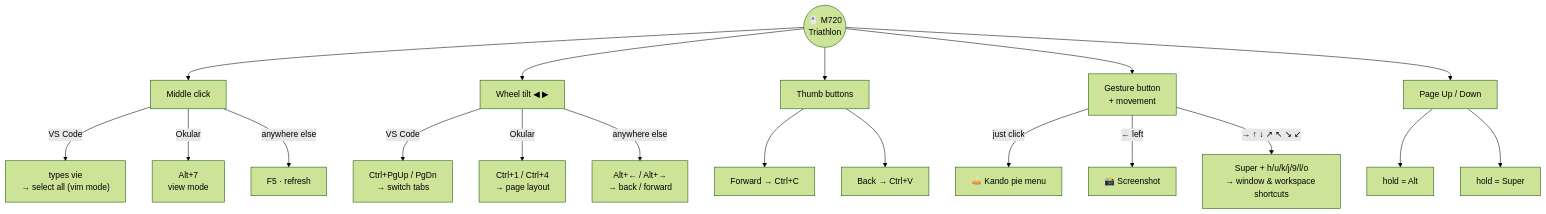
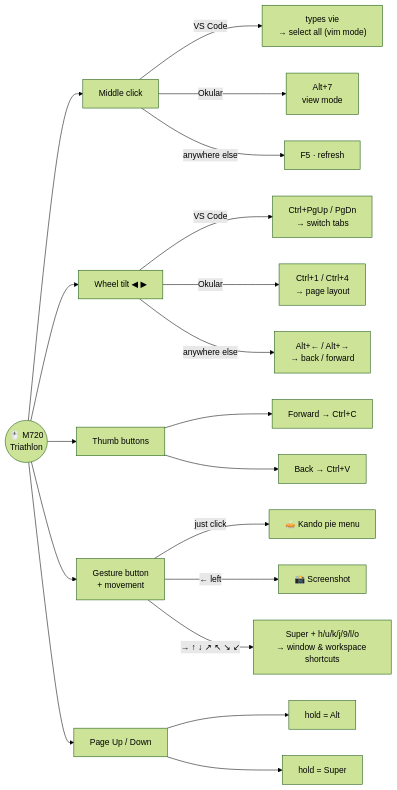
One commit to Victor-0liveira/dotfiles changed the second of 3 diagrams in README.md. Above: the diagram before and after it, drawn with Mermaid (forest theme).

Commit message:
📐 readme: make mouse diagram readable

````diff
--- a/README.md
+++ b/README.md
@@ -102,28 +102,28 @@
 ```mermaid
-flowchart TD
+flowchart LR
     M(("🖱️ M720<br/>Triathlon"))
 
     M --> MID["Middle click"]
     M --> TILT["Wheel tilt ◀ ▶"]
     M --> THUMB["Thumb buttons"]
     M --> GEST["Gesture button<br/>+ movement"]
     M --> PG["Page Up / Down"]
 
     MID -->|"VS Code"| V1["types vie<br/>→ select all (vim mode)"]
     MID -->|"Okular"| O1["Alt+7<br/>view mode"]
     MID -->|"anywhere else"| G1["F5 · refresh"]
 
     TILT -->|"VS Code"| V2["Ctrl+PgUp / PgDn<br/>→ switch tabs"]
     TILT -->|"Okular"| O2["Ctrl+1 / Ctrl+4<br/>→ page layout"]
     TILT -->|"anywhere else"| G2["Alt+← / Alt+→<br/>→ back / forward"]
 
     THUMB --> T1["Forward → Ctrl+C"]
     THUMB --> T2["Back → Ctrl+V"]
 
     PG --> P1["hold = Alt"]
     PG --> P2["hold = Super"]
 
     GEST -->|"just click"| K["🥧 Kando pie menu"]
     GEST -->|"← left"| S1["📸 Screenshot"]
     GEST -->|"→ ↑ ↓ ↗ ↖ ↘ ↙"| S2["Super + h/u/k/j/9/l/o<br/>→ window & workspace shortcuts"]
 ```
````
